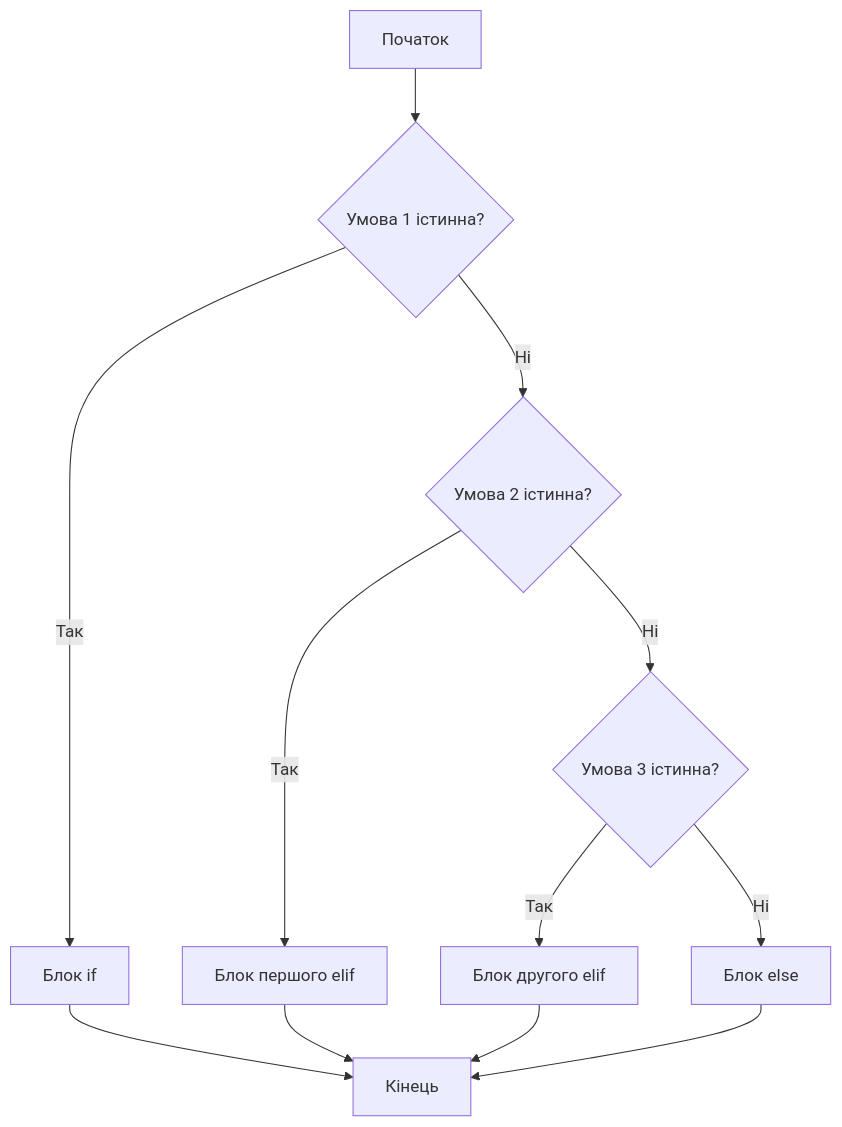
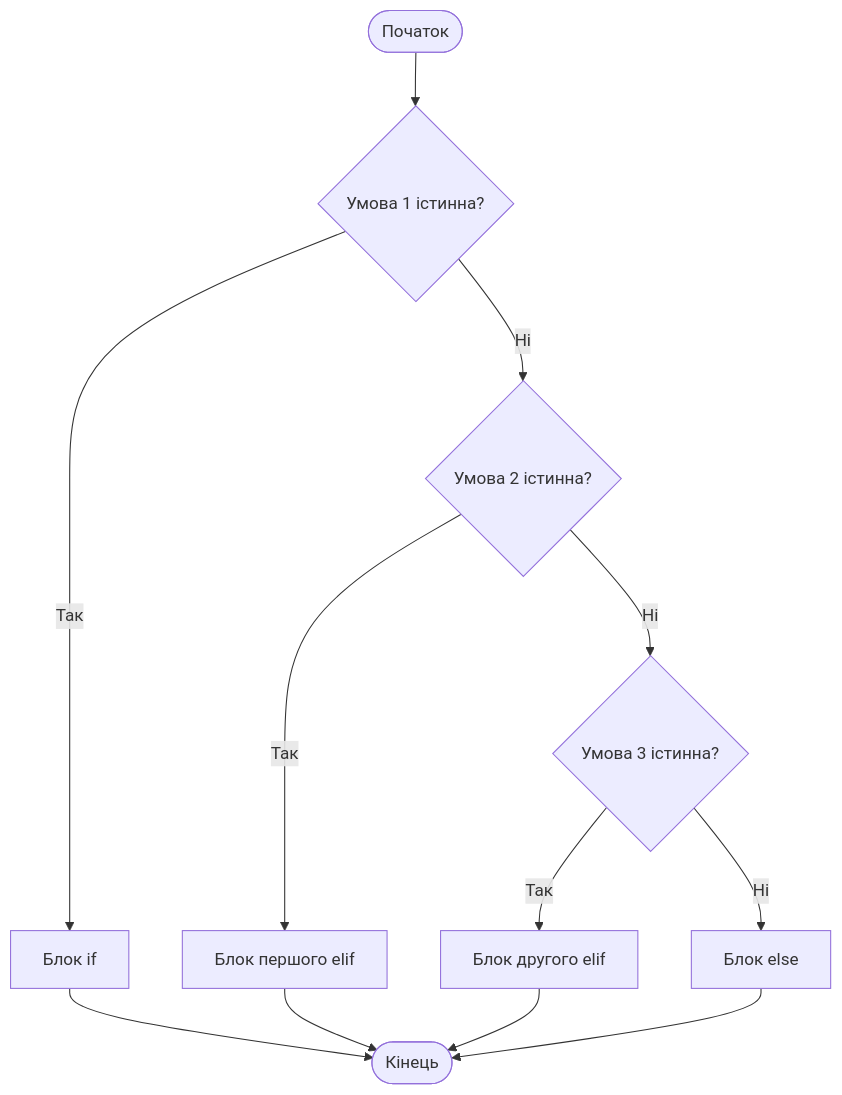
One commit to EugeneLoy/nauklit-python-8 changed the third of 3 diagrams in Розгалуження.md. Above: the diagram before and after it, drawn with Mermaid. The commit also changed other lines of this file, not shown here.

Commit message:
fixed flowchart issues

````diff
--- a/Розгалуження.md
+++ b/Розгалуження.md
@@ -113,14 +113,14 @@
 ```mermaid
 flowchart TD
-    A[Початок] --> B{Умова 1 істинна?}
+    Start([Початок]) --> B{Умова 1 істинна?}
     B -- Так --> C[Блок if]
     B -- Ні --> D{Умова 2 істинна?}
     D -- Так --> E[Блок першого elif]
     D -- Ні --> F{Умова 3 істинна?}
     F -- Так --> G[Блок другого elif]
     F -- Ні --> H[Блок else]
-    C --> I[Кінець]
-    E --> I
-    G --> I
-    H --> I
+    C --> End([Кінець])
+    E --> End
+    G --> End
+    H --> End
 ```
````
